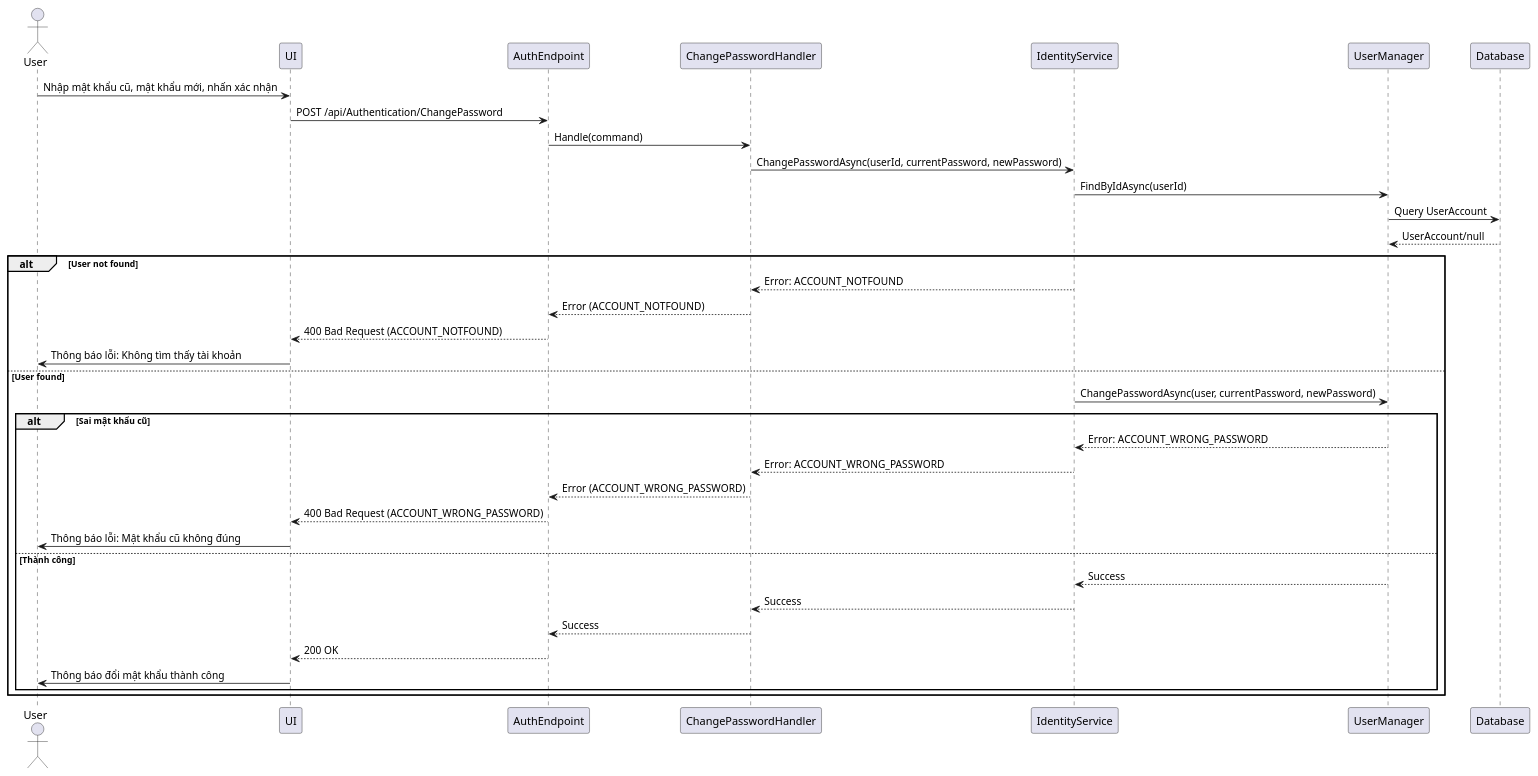
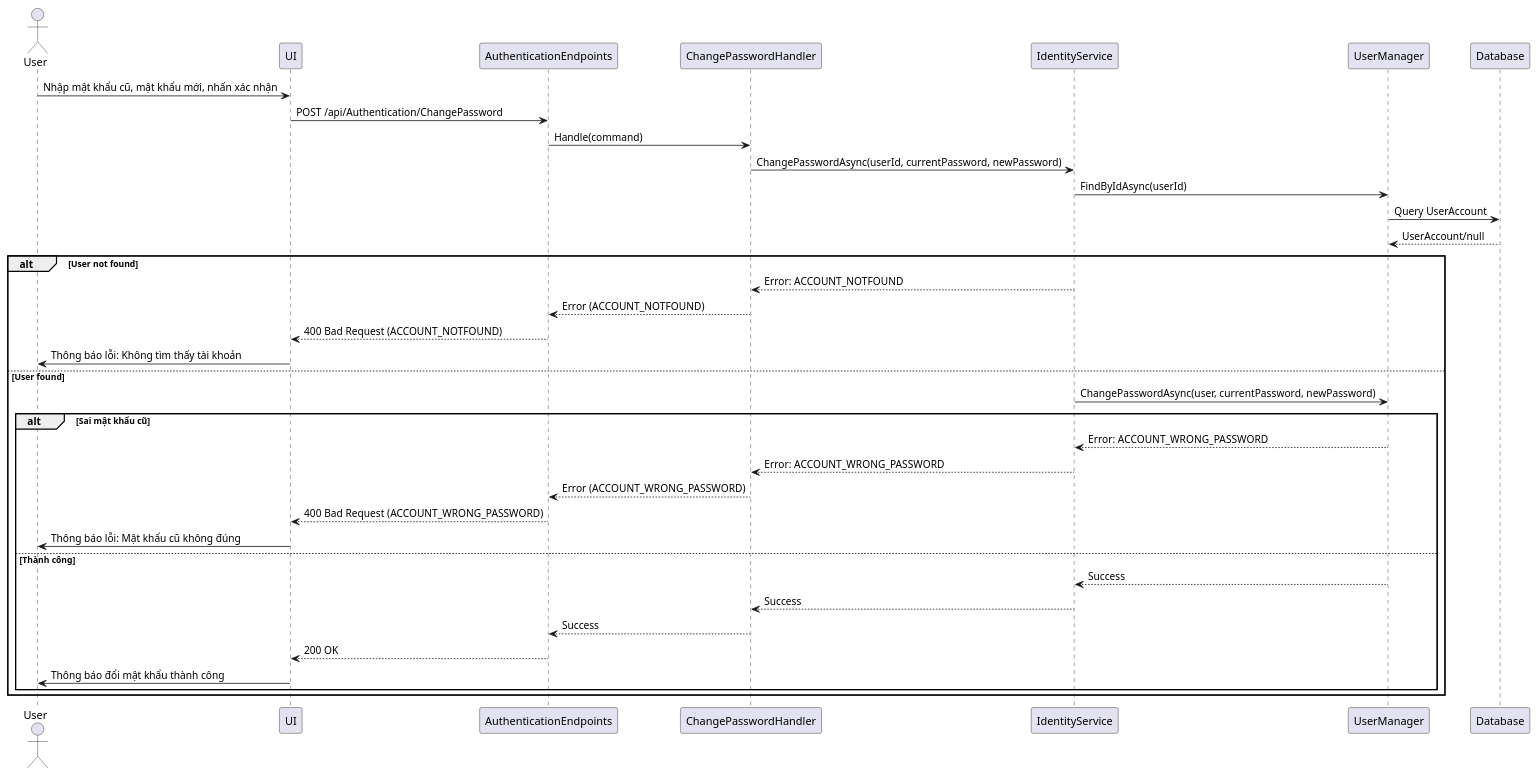
Before and after one commit to thanhkhac/SEP_Diagram: the diagram in authentication/Sequence/10_ChangePassword.puml, drawn with PlantUML. The commit also changed 7 other files, not shown here.

First line of the commit message:
Rename AuthEndpoint to AuthenticationEndpoints in diagrams

```diff
--- a/authentication/Sequence/10_ChangePassword.puml
+++ b/authentication/Sequence/10_ChangePassword.puml
@@ -1,38 +1,38 @@
 @startuml
 actor User
 participant UI
-participant AuthEndpoint
+participant AuthenticationEndpoints
 participant ChangePasswordHandler
 participant IdentityService
 participant UserManager
 participant Database
 
 User -> UI : Nhập mật khẩu cũ, mật khẩu mới, nhấn xác nhận
-UI -> AuthEndpoint : POST /api/Authentication/ChangePassword
-AuthEndpoint -> ChangePasswordHandler : Handle(command)
+UI -> AuthenticationEndpoints : POST /api/Authentication/ChangePassword
+AuthenticationEndpoints -> ChangePasswordHandler : Handle(command)
 ChangePasswordHandler -> IdentityService : ChangePasswordAsync(userId, currentPassword, newPassword)
 IdentityService -> UserManager : FindByIdAsync(userId)
 UserManager -> Database : Query UserAccount
 Database --> UserManager : UserAccount/null
 alt User not found
     IdentityService --> ChangePasswordHandler : Error: ACCOUNT_NOTFOUND
-    ChangePasswordHandler --> AuthEndpoint : Error (ACCOUNT_NOTFOUND)
-    AuthEndpoint --> UI : 400 Bad Request (ACCOUNT_NOTFOUND)
+    ChangePasswordHandler --> AuthenticationEndpoints : Error (ACCOUNT_NOTFOUND)
+    AuthenticationEndpoints --> UI : 400 Bad Request (ACCOUNT_NOTFOUND)
     UI -> User : Thông báo lỗi: Không tìm thấy tài khoản
 else User found
     IdentityService -> UserManager : ChangePasswordAsync(user, currentPassword, newPassword)
     alt Sai mật khẩu cũ
         UserManager --> IdentityService : Error: ACCOUNT_WRONG_PASSWORD
         IdentityService --> ChangePasswordHandler : Error: ACCOUNT_WRONG_PASSWORD
-        ChangePasswordHandler --> AuthEndpoint : Error (ACCOUNT_WRONG_PASSWORD)
-        AuthEndpoint --> UI : 400 Bad Request (ACCOUNT_WRONG_PASSWORD)
+        ChangePasswordHandler --> AuthenticationEndpoints : Error (ACCOUNT_WRONG_PASSWORD)
+        AuthenticationEndpoints --> UI : 400 Bad Request (ACCOUNT_WRONG_PASSWORD)
         UI -> User : Thông báo lỗi: Mật khẩu cũ không đúng
     else Thành công
         UserManager --> IdentityService : Success
         IdentityService --> ChangePasswordHandler : Success
-        ChangePasswordHandler --> AuthEndpoint : Success
-        AuthEndpoint --> UI : 200 OK
+        ChangePasswordHandler --> AuthenticationEndpoints : Success
+        AuthenticationEndpoints --> UI : 200 OK
         UI -> User : Thông báo đổi mật khẩu thành công
     end
 end
 @enduml
```
